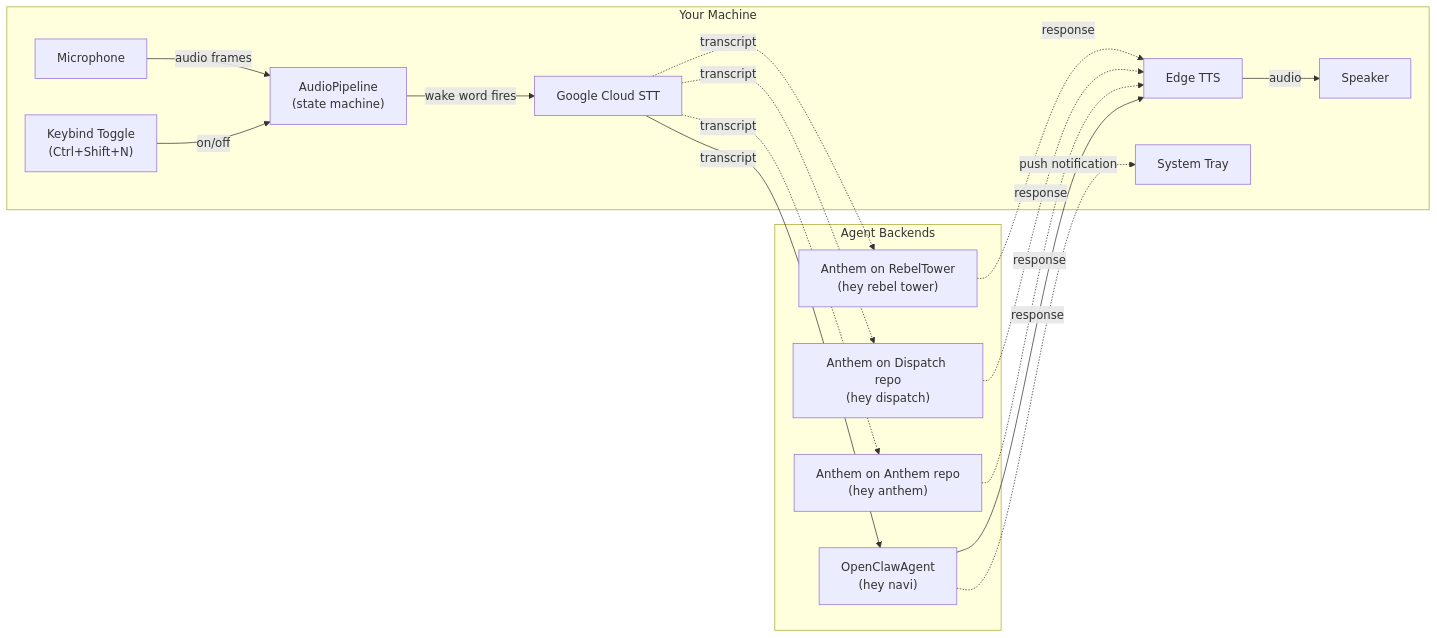
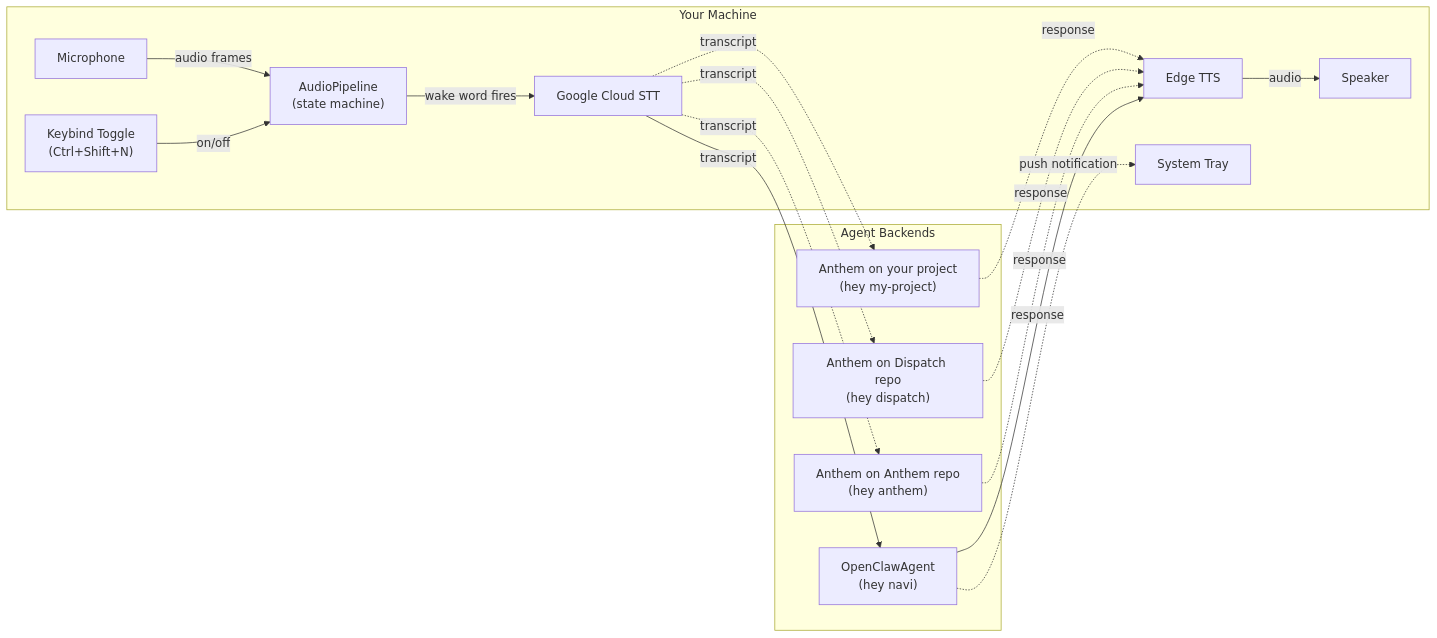
One commit to rauriemo/dispatch changed the first of 2 diagrams in README.md. Above: the diagram before and after it, drawn with Mermaid. The commit also changed other lines of this file, not shown here.

Commit message:
Replace project-specific references with generic examples in README
Made-with: Cursor

````diff
--- a/README.md
+++ b/README.md
@@ -53,33 +53,33 @@
 ```mermaid
 flowchart LR
   subgraph local ["Your Machine"]
     Hotkey["Keybind Toggle\n(Ctrl+Shift+N)"]
     Mic["Microphone"]
     Pipeline["AudioPipeline\n(state machine)"]
     STT["Google Cloud STT"]
     TTS["Edge TTS"]
     Speaker["Speaker"]
     Tray["System Tray"]
   end
 
   subgraph agents ["Agent Backends"]
     Navi["OpenClawAgent\n(hey navi)"]
     Anthem["Anthem on Anthem repo\n(hey anthem)"]
     Dispatch["Anthem on Dispatch repo\n(hey dispatch)"]
-    RebelTower["Anthem on RebelTower\n(hey rebel tower)"]
+    MyProject["Anthem on your project\n(hey my-project)"]
   end
 
   Hotkey -->|"on/off"| Pipeline
   Mic -->|"audio frames"| Pipeline
   Pipeline -->|"wake word fires"| STT
   STT -->|"transcript"| Navi
   STT -.->|"transcript"| Anthem
   STT -.->|"transcript"| Dispatch
-  STT -.->|"transcript"| RebelTower
+  STT -.->|"transcript"| MyProject
   Navi -->|"response"| TTS
   Anthem -.->|"response"| TTS
   Dispatch -.->|"response"| TTS
-  RebelTower -.->|"response"| TTS
+  MyProject -.->|"response"| TTS
   TTS -->|"audio"| Speaker
   Navi -.->|"push notification"| Tray
 ```
````
